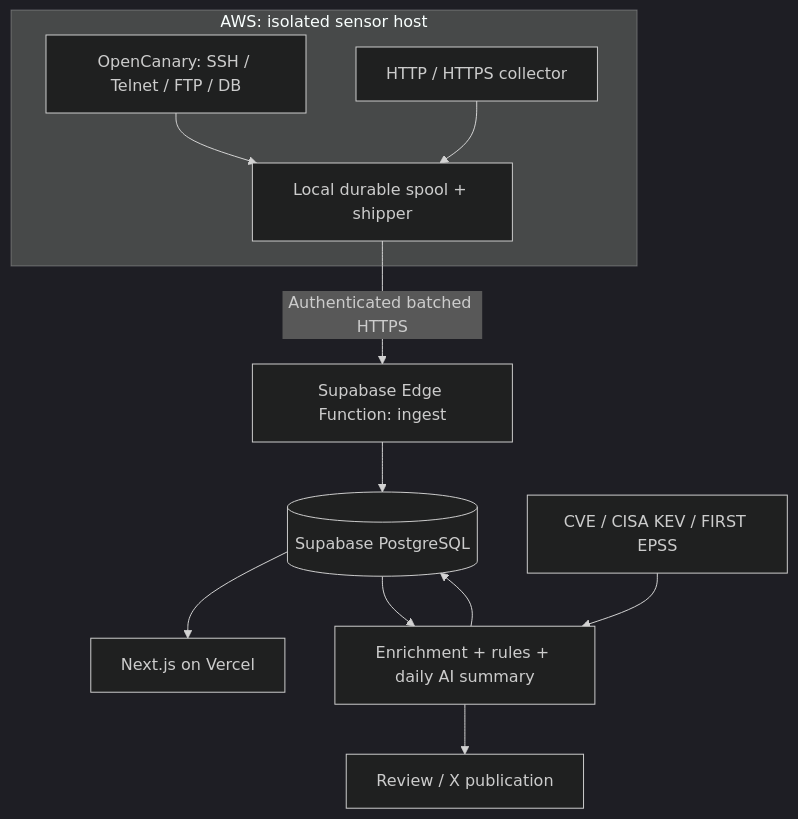
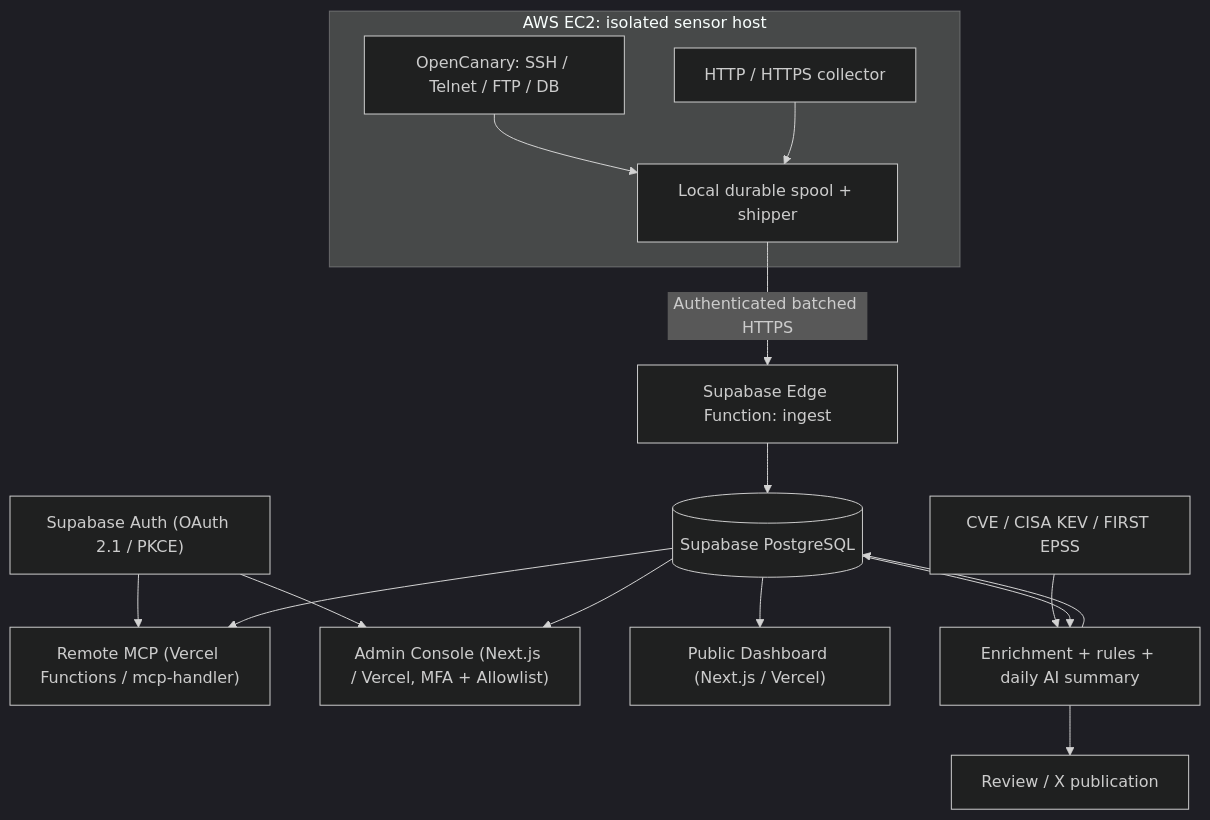
Before and after one commit to micci184/Attackarium: the diagram in README.md, drawn with Mermaid (dark theme). The commit also changed other lines of this file and 127 other files, not shown here.

Commit message:
chore: initialize repo config, Cursor skills, CI, and architecture docs

````diff
--- a/README.md
+++ b/README.md
@@ -19,14 +22,18 @@
 ```mermaid
 flowchart TD
-  subgraph sensor["AWS: isolated sensor host"]
+  subgraph sensor["AWS EC2: isolated sensor host"]
     oc["OpenCanary: SSH / Telnet / FTP / DB"] --> ship["Local durable spool + shipper"]
     http["HTTP / HTTPS collector"] --> ship
   end
   ship -->|"Authenticated batched HTTPS"| ingest["Supabase Edge Function: ingest"]
   ingest --> pg[("Supabase PostgreSQL")]
-  pg --> web["Next.js on Vercel"]
+  auth["Supabase Auth (OAuth 2.1 / PKCE)"] --> mcp["Remote MCP (Vercel Functions / mcp-handler)"]
+  auth --> admin["Admin Console (Next.js / Vercel, MFA + Allowlist)"]
+  pg --> web["Public Dashboard (Next.js / Vercel)"]
+  pg --> mcp
+  pg --> admin
   feeds["CVE / CISA KEV / FIRST EPSS"] --> jobs["Enrichment + rules + daily AI summary"]
   pg --> jobs
   jobs --> pg
   jobs --> report["Review / X publication"]
 ```
````
